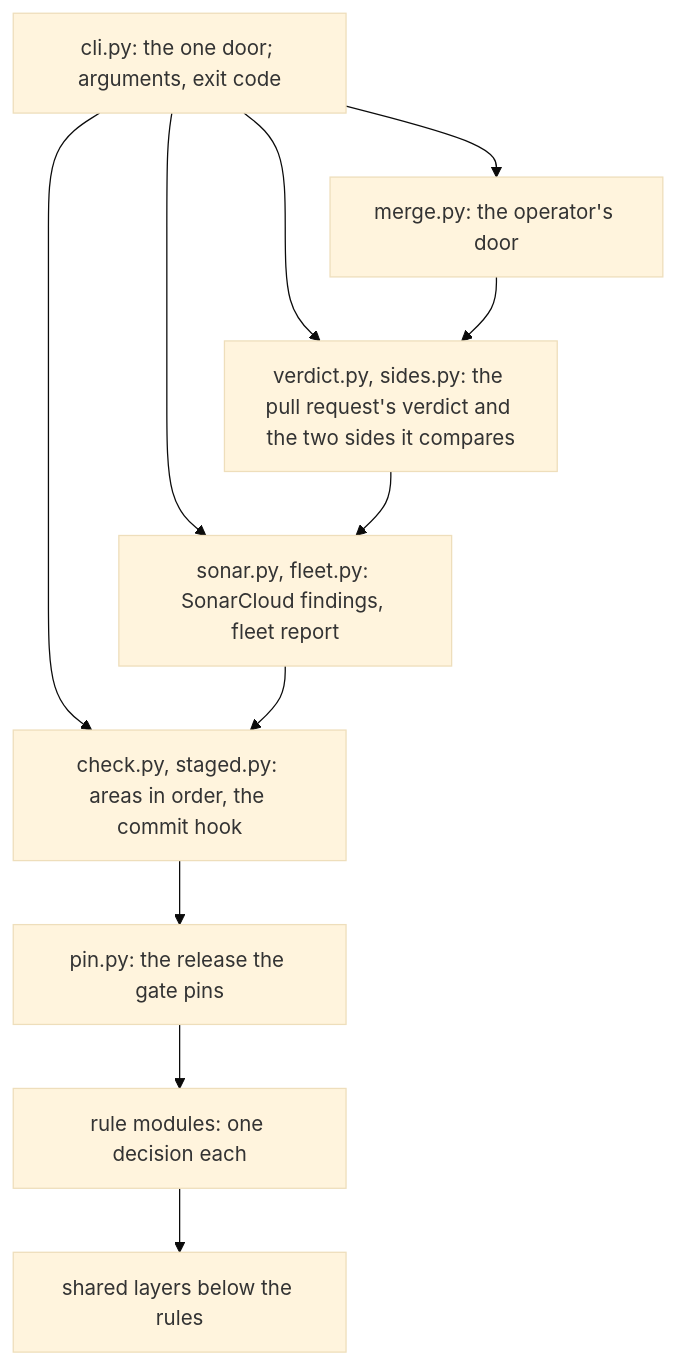
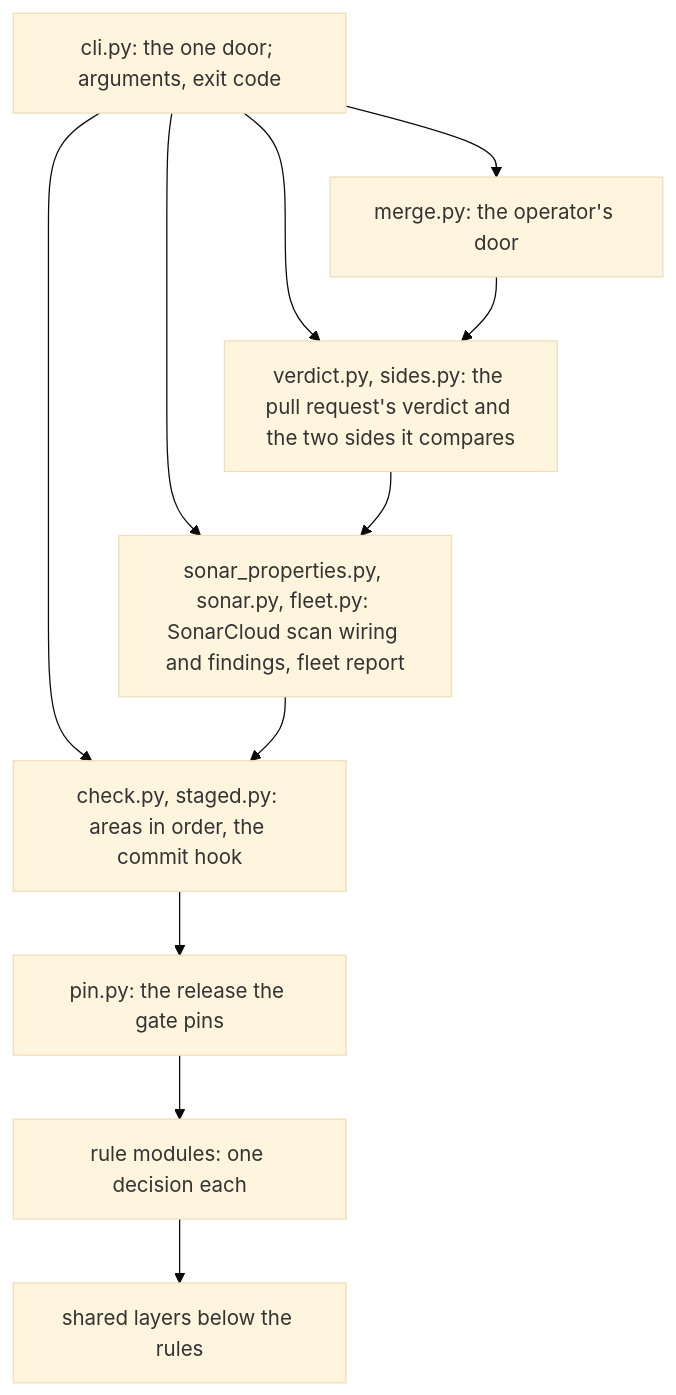
One commit to overnightworks/quality changed the second of 3 diagrams in docs/ARCHITECTURE.md. Above: the diagram before and after it, drawn with Mermaid (base theme). The commit also changed 10 other files, not shown here.

````diff
--- a/docs/ARCHITECTURE.md
+++ b/docs/ARCHITECTURE.md
@@ -41,21 +41,21 @@
 ```mermaid
 flowchart TB
     cli["cli.py: the one door; arguments, exit code"]
     door["merge.py: the operator's door"]
     verdict["verdict.py, sides.py: the pull request's verdict and the two sides it compares"]
-    reports["sonar.py, fleet.py: SonarCloud findings, fleet report"]
+    reports["sonar_properties.py, sonar.py, fleet.py: SonarCloud scan wiring and findings, fleet report"]
     check["check.py, staged.py: areas in order, the commit hook"]
     pin["pin.py: the release the gate pins"]
     rules["rule modules: one decision each"]
     shared["shared layers below the rules"]
     cli --> door
     cli --> verdict
     cli --> reports
     cli --> check
     door --> verdict
     verdict --> reports
     reports --> check
     check --> pin
     pin --> rules
     rules --> shared
 ```
````
